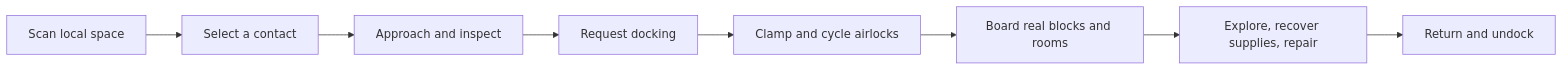
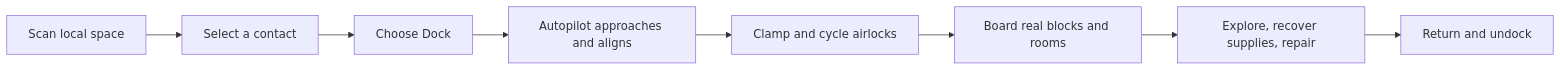
One commit to NullandKale/NullSpace-Mod changed the diagram in docs/space-encounters-and-docking.md. Above: the diagram before and after it, drawn with Mermaid. The commit also changed other lines of this file and 134 other files, not shown here.

````diff
--- a/docs/space-encounters-and-docking.md
+++ b/docs/space-encounters-and-docking.md
@@ -9,10 +11,10 @@
 ```mermaid
 flowchart LR
     S[Scan local space] --> C[Select a contact]
-    C --> A[Approach and inspect]
-    A --> D[Request docking]
-    D --> L[Clamp and cycle airlocks]
+    C --> D[Choose Dock]
+    D --> A[Autopilot approaches and aligns]
+    A --> L[Clamp and cycle airlocks]
     L --> B[Board real blocks and rooms]
     B --> R[Explore, recover supplies, repair]
     R --> U[Return and undock]
 ```
````
